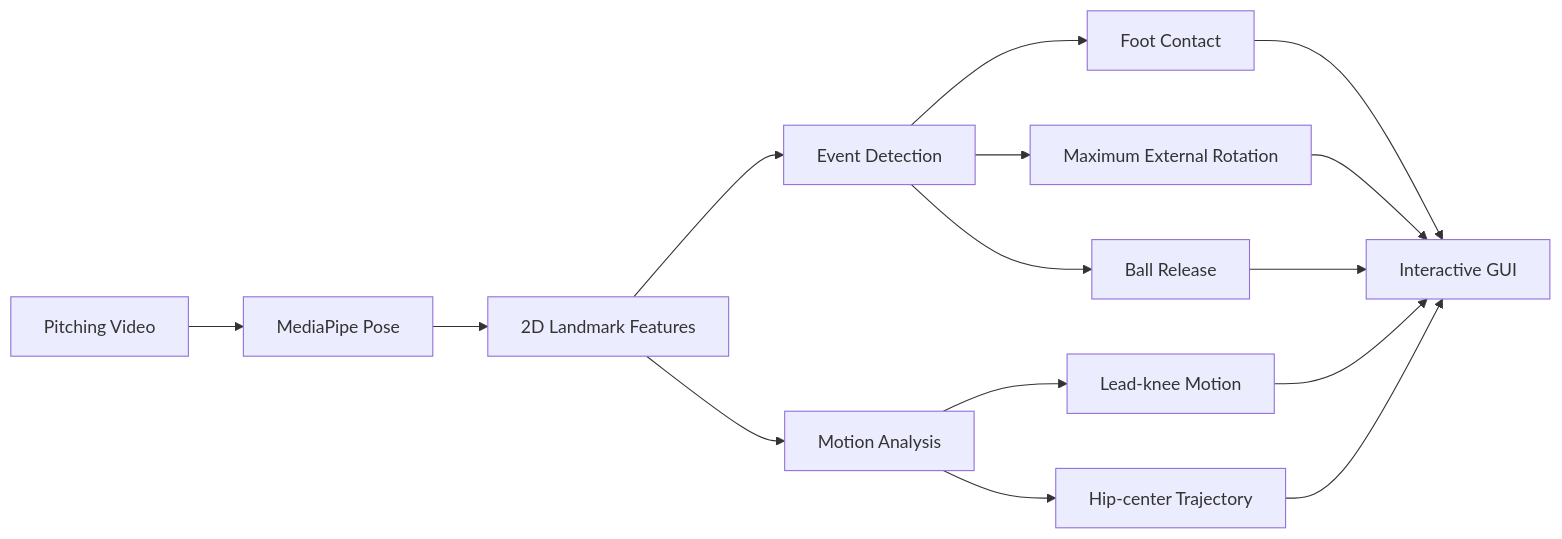
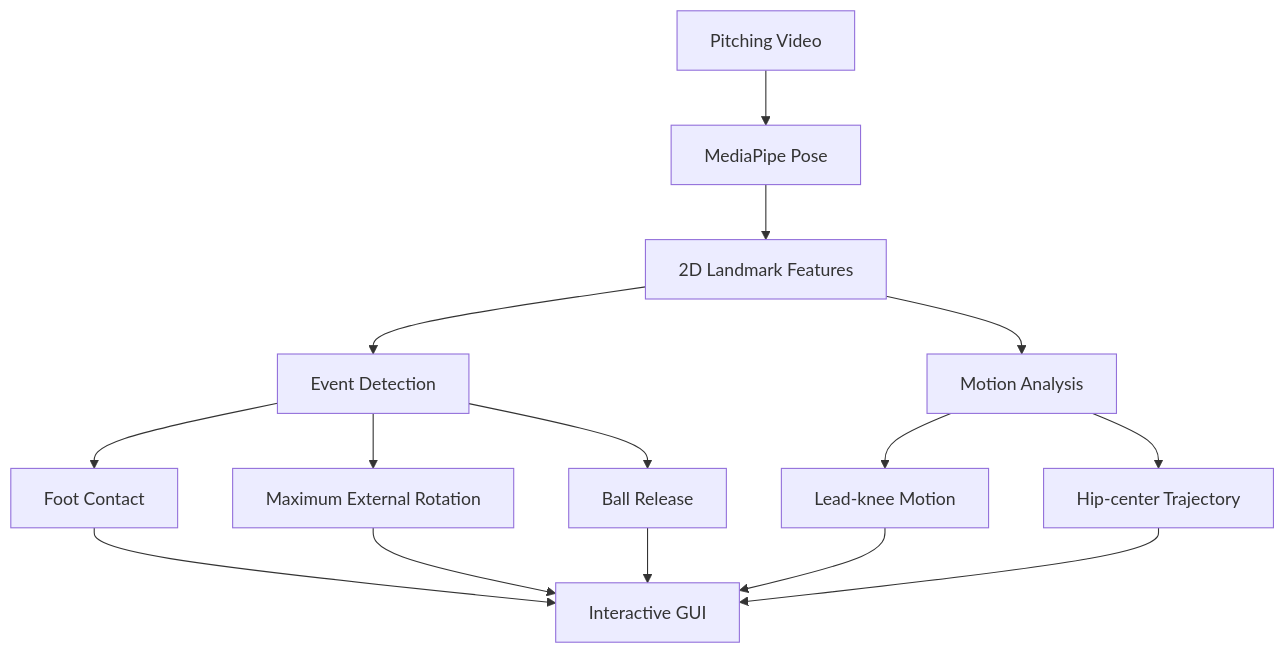
Before and after one commit to thy9164/pitcher-motion-analysis: the diagram in README.md, drawn with Mermaid. The commit also changed other lines of this file and 1 other file, not shown here.

````diff
--- a/README.md
+++ b/README.md
@@ -19,17 +19,17 @@
 ```mermaid
-flowchart LR
+flowchart TB
     V[Pitching Video] --> P[MediaPipe Pose]
     P --> F[2D Landmark Features]
     F --> E[Event Detection]
     E --> FC[Foot Contact]
     E --> MER[Maximum External Rotation]
     E --> BR[Ball Release]
     F --> A[Motion Analysis]
     A --> K[Lead-knee Motion]
     A --> H[Hip-center Trajectory]
     FC --> G[Interactive GUI]
     MER --> G
     BR --> G
     K --> G
     H --> G
 ```
````
